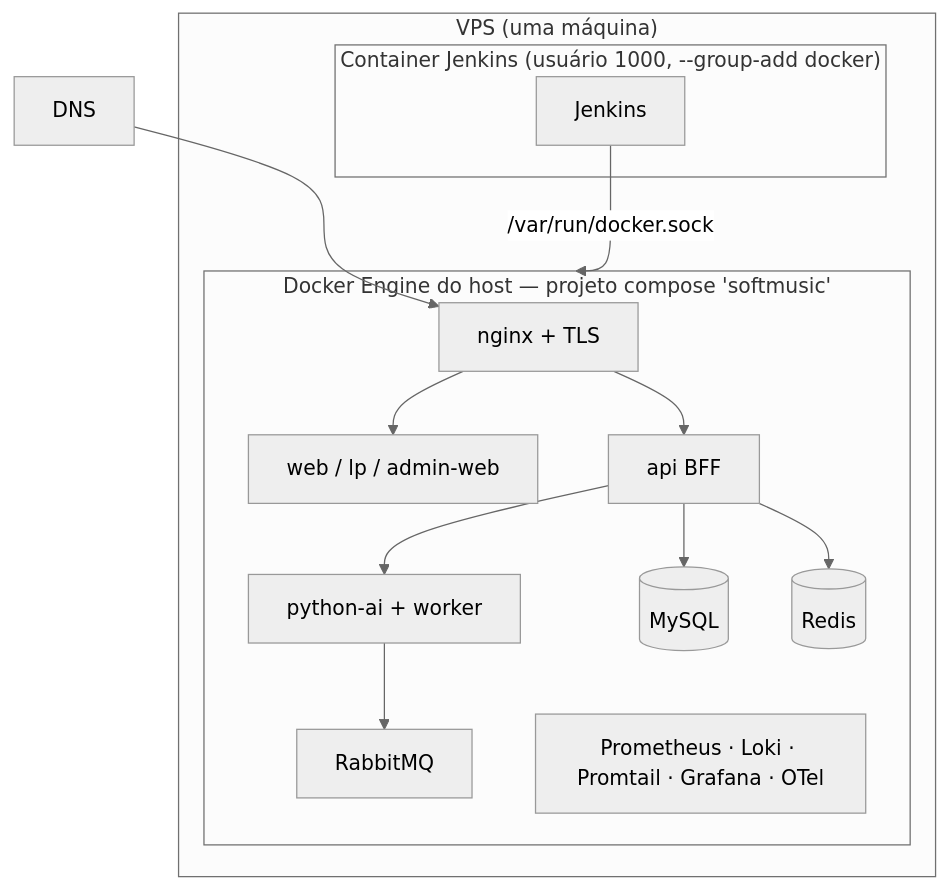
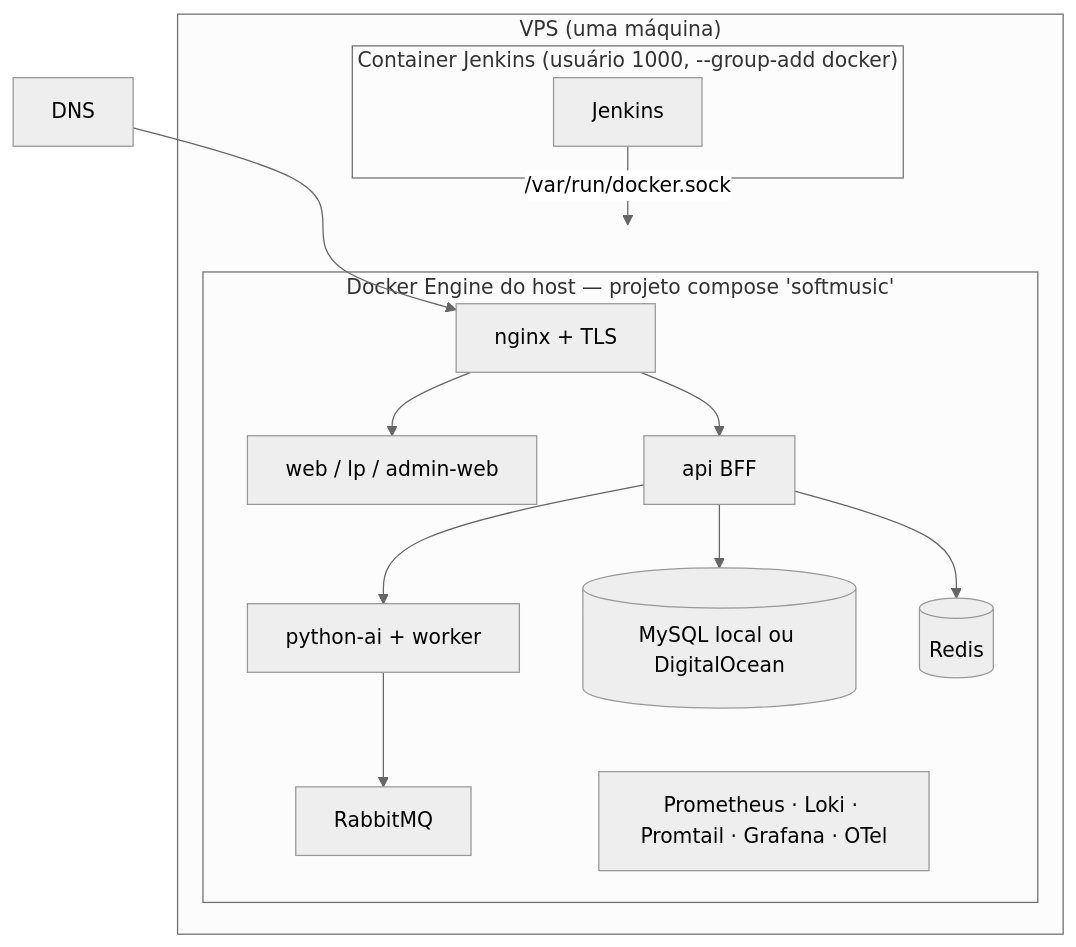
One commit to pablohalvim/softmusic changed the diagram in docs/producao/deploy-producao.md. Above: the diagram before and after it, drawn with Mermaid (neutral theme). The commit also changed other lines of this file and 8 other files, not shown here.

````diff
--- a/docs/producao/deploy-producao.md
+++ b/docs/producao/deploy-producao.md
@@ -15,19 +15,19 @@
 ```mermaid
 flowchart TB
     subgraph VPS["VPS (uma máquina)"]
       subgraph JC["Container Jenkins (usuário 1000, --group-add docker)"]
         JENKINS["Jenkins"]
       end
       subgraph DOCKER["Docker Engine do host — projeto compose 'softmusic'"]
         NGINX[nginx + TLS] --> WEB[web / lp / admin-web]
         NGINX --> API[api BFF]
         API --> AI[python-ai + worker]
-        API --> MYSQL[(MySQL)]
+        API --> MYSQL[(MySQL local ou DigitalOcean)]
         API --> REDIS[(Redis)]
         AI --> RMQ[RabbitMQ]
         OBS[Prometheus · Loki · Promtail · Grafana · OTel]
       end
       JENKINS -->|/var/run/docker.sock| DOCKER
     end
     DNS[DNS] --> NGINX
 ```
````
